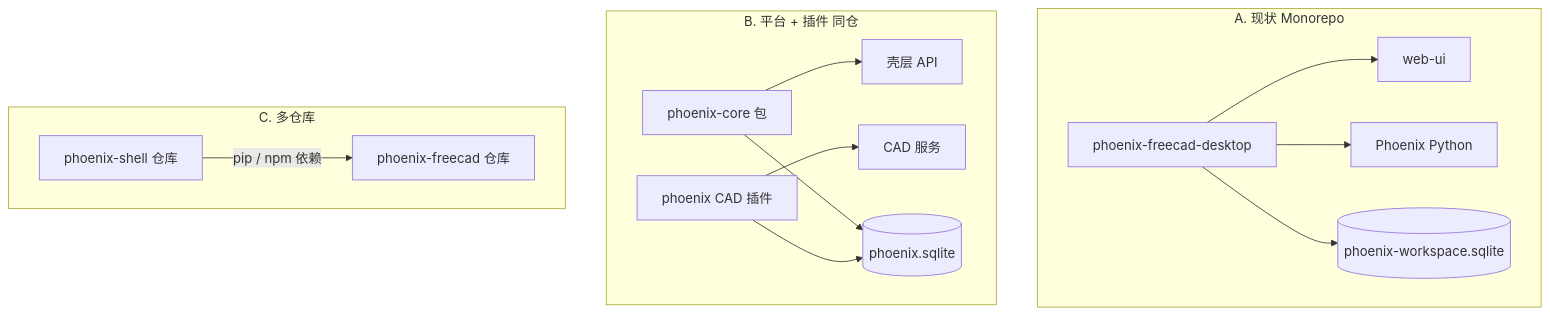
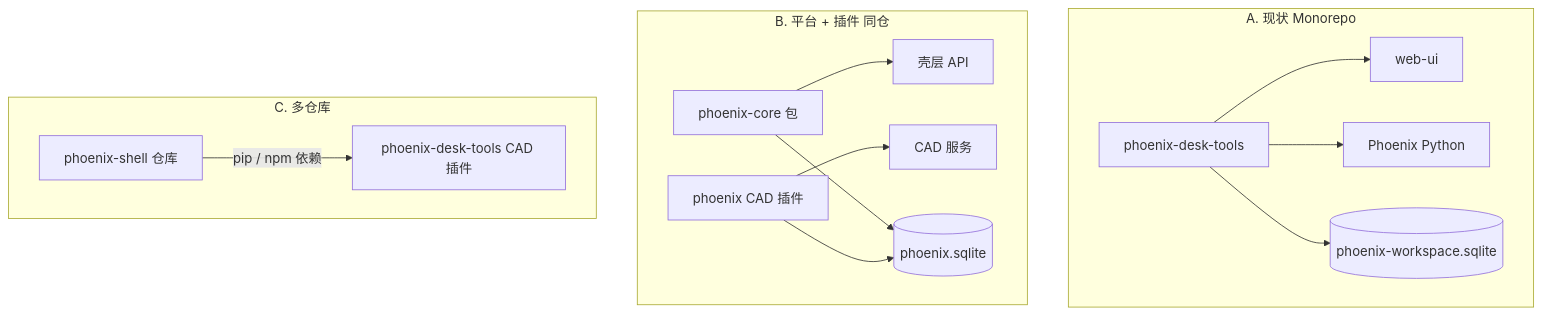
The first of 2 diagrams in doc/Phoenix平台-多应用壳层-规划讨论.md (phoenixwing-org/phoenix-desk-tools), drawn with Mermaid before and after one commit. The commit also changed other lines of this file and 37 other files, not shown here.

First line of the commit message:
重命名为 phoenix-desk-tools，完善 C++ 成员排序与偏好存储。

````diff
--- a/doc/Phoenix平台-多应用壳层-规划讨论.md
+++ b/doc/Phoenix平台-多应用壳层-规划讨论.md
@@ -28,24 +28,24 @@
 ```mermaid
 flowchart TB
   subgraph A [A. 现状 Monorepo]
-    FCD[phoenix-freecad-desktop]
+    FCD[phoenix-desk-tools]
     FCD --> WEB[web-ui]
     FCD --> PY[Phoenix Python]
     FCD --> DB[(phoenix-workspace.sqlite)]
   end
 
   subgraph B [B. 平台 + 插件 同仓]
     CORE[phoenix-core 包]
     PLG[phoenix CAD 插件]
     CORE --> SHELL[壳层 API]
     PLG --> CAD[CAD 服务]
     CORE --> DB2[(phoenix.sqlite)]
     PLG --> DB2
   end
 
   subgraph C [C. 多仓库]
     REPO1[phoenix-shell 仓库]
-    REPO2[phoenix-freecad 仓库]
+    REPO2[phoenix-desk-tools CAD 插件]
     REPO1 -->|pip / npm 依赖| REPO2
   end
 ```
````
